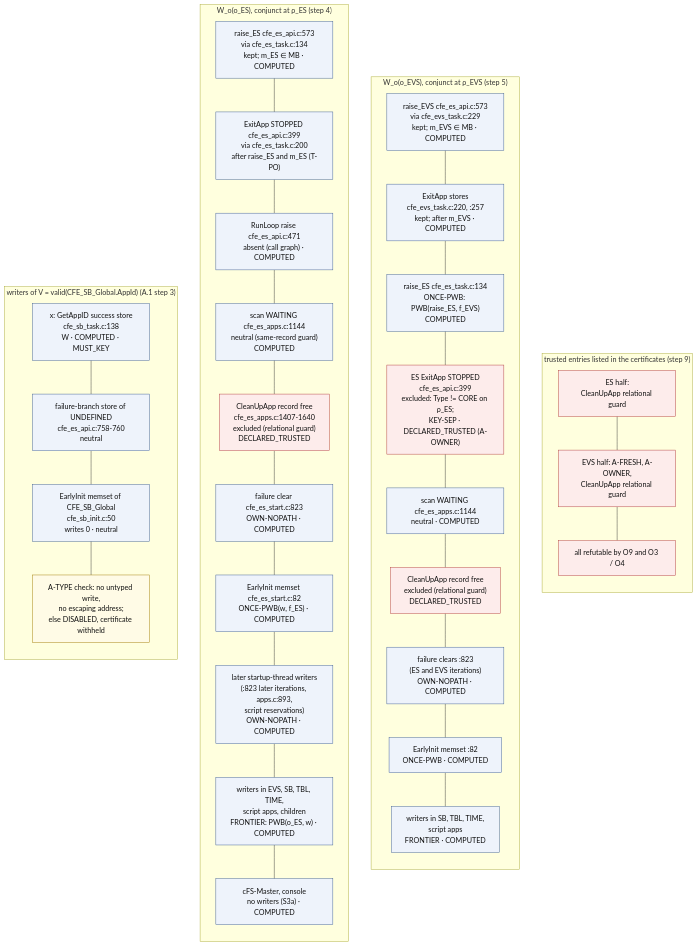
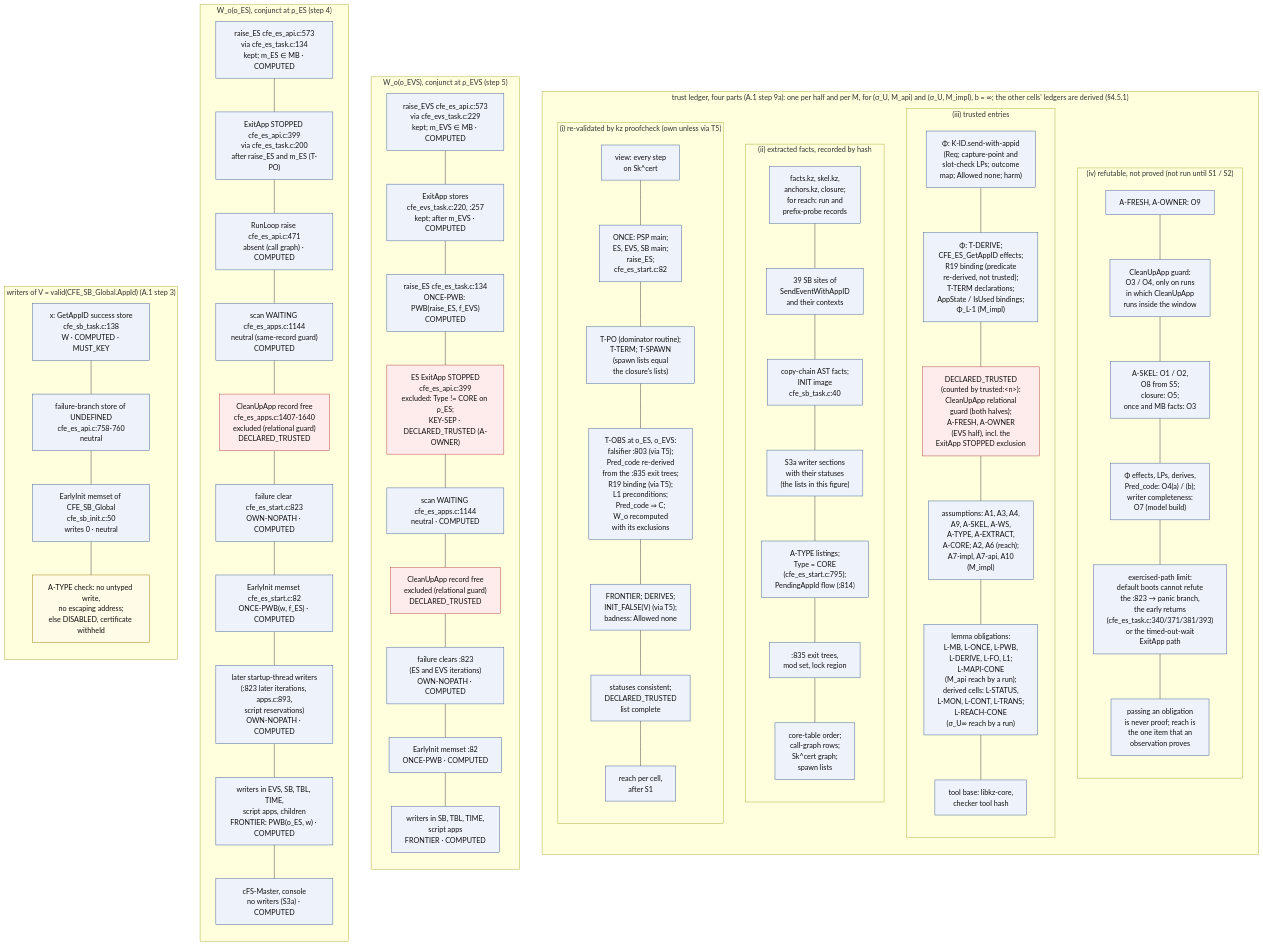
Before and after one commit to wookjaeya/Shape-Perf: the diagram in research/cfs_procrace/Architecture/diagrams/D8_r2_certificate_writers.mmd, drawn with Mermaid. The commit also changed 43 other files, not shown here.

First line of the commit message:
Architecture: mirror SPEC rev 1.1 into Korean docs, PI decisions, terminology background and diagrams; first consistency-fix round

```diff
--- a/research/cfs_procrace/Architecture/diagrams/D8_r2_certificate_writers.mmd
+++ b/research/cfs_procrace/Architecture/diagrams/D8_r2_certificate_writers.mmd
@@ -1,57 +1,97 @@
 flowchart TD
-    %% D8 detail - writer entries of the R2 certificate with transition and key status, and every trusted entry.
-    %% Source: spec App. A.1 steps 3-5, 9; §4.2, §4.4. Expected behaviour; nothing here was run.
+    %% D8 detail - writer entries of the R2 certificate with transition and key status, and the four-part trust ledger.
+    %% Source: spec §12 D8 (rev 1.1); App. A.1 steps 3-5, 9, 9a; §4.2, §4.4, §4.5.1. Expected behaviour; nothing here was run.
     %% Each column is one list (the thin links only stack the entries). Red = DECLARED_TRUSTED entry.
+    %% The ledger parts are declared (iv) to (i) so that Mermaid places them (i) to (iv) from left to right.
 
-    subgraph TR["trusted entries listed in the certificates (step 9)"]
+    subgraph TL["trust ledger, four parts (A.1 step 9a): one per half and per M, for (σ_U, M_api) and (σ_U, M_impl), b = ∞; the other cells' ledgers are derived (§4.5.1)"]
         direction TB
-        T1["ES half:<br/>CleanUpApp relational guard"]
-        T2["EVS half: A-FRESH, A-OWNER,<br/>CleanUpApp relational guard"]
-        T3["all refutable by O9 and O3 / O4"]
-        T1 --- T2 --- T3
+        subgraph TL4["(iv) refutable, not proved (not run until S1 / S2)"]
+            direction TB
+            F1R["A-FRESH, A-OWNER: O9"]
+            F2R["CleanUpApp guard:<br/>O3 / O4, only on runs<br/>in which CleanUpApp<br/>runs inside the window"]
+            F3R["A-SKEL: O1 / O2,<br/>O8 from S5;<br/>closure: O5;<br/>once and MB facts: O3"]
+            F4R["Φ effects, LPs, derives,<br/>Pred_code: O4(a) / (b);<br/>writer completeness:<br/>O7 (model build)"]
+            F5R["exercised-path limit:<br/>default boots cannot refute<br/>the :823 → panic branch,<br/>the early returns<br/>(cfe_es_task.c:340/371/381/393)<br/>or the timed-out-wait<br/>ExitApp path"]
+            F6R["passing an obligation<br/>is never proof; reach is<br/>the one item that an<br/>observation proves"]
+            F1R --- F2R --- F3R --- F4R --- F5R --- F6R
+        end
+        subgraph TL3["(iii) trusted entries"]
+            direction TB
+            P1["Φ: K-ID.send-with-appid<br/>(Req; capture-point and<br/>slot-check LPs; outcome<br/>map; Allowed none; harm)"]
+            P2["Φ: T-DERIVE;<br/>CFE_ES_GetAppID effects;<br/>R19 binding (predicate<br/>re-derived, not trusted);<br/>T-TERM declarations;<br/>AppState / IsUsed bindings;<br/>Φ_L-1 (M_impl)"]
+            P3["DECLARED_TRUSTED<br/>(counted by trusted:#60;n#62;):<br/>CleanUpApp relational<br/>guard (both halves);<br/>A-FRESH, A-OWNER<br/>(EVS half), incl. the<br/>ExitApp STOPPED exclusion"]
+            P4["assumptions: A1, A3, A4,<br/>A9, A-SKEL, A-WS,<br/>A-TYPE, A-EXTRACT,<br/>A-CORE; A2, A6 (reach);<br/>A7-impl, A7-api, A10<br/>(M_impl)"]
+            P5["lemma obligations:<br/>L-MB, L-ONCE, L-PWB,<br/>L-DERIVE, L-FO, L1;<br/>L-MAPI-CONE<br/>(M_api reach by a run);<br/>derived cells: L-STATUS,<br/>L-MON, L-CONT, L-TRANS;<br/>L-REACH-CONE<br/>(σ_U∞ reach by a run)"]
+            P6["tool base: libkz-core,<br/>checker tool hash"]
+            P1 --- P2 --- P3 --- P4 --- P5 --- P6
+        end
+        subgraph TL2["(ii) extracted facts, recorded by hash"]
+            direction TB
+            X1["facts.kz, skel.kz,<br/>anchors.kz, closure;<br/>for reach: run and<br/>prefix-probe records"]
+            X2["39 SB sites of<br/>SendEventWithAppID<br/>and their contexts"]
+            X3["copy-chain AST facts;<br/>INIT image<br/>cfe_sb_task.c:40"]
+            X4["S3a writer sections<br/>with their statuses<br/>(the lists in this figure)"]
+            X5["A-TYPE listings;<br/>Type = CORE<br/>(cfe_es_start.c:795);<br/>PendingAppId flow (:814)"]
+            X6[":835 exit trees,<br/>mod set, lock region"]
+            X7["core-table order;<br/>call-graph rows;<br/>Sk^cert graph;<br/>spawn lists"]
+            X1 --- X2 --- X3 --- X4 --- X5 --- X6 --- X7
+        end
+        subgraph TL1["(i) re-validated by kz proofcheck (own unless via T5)"]
+            direction TB
+            R1["view: every step<br/>on Sk^cert"]
+            R2["ONCE: PSP main;<br/>ES, EVS, SB main;<br/>raise_ES;<br/>cfe_es_start.c:82"]
+            R3["T-PO (dominator routine);<br/>T-TERM; T-SPAWN<br/>(spawn lists equal<br/>the closure's lists)"]
+            R4["T-OBS at o_ES, o_EVS:<br/>falsifier :803 (via T5);<br/>Pred_code re-derived<br/>from the :835 exit trees;<br/>R19 binding (via T5);<br/>L1 preconditions;<br/>Pred_code ⇒ C;<br/>W_o recomputed<br/>with its exclusions"]
+            R5["FRONTIER; DERIVES;<br/>INIT_FALSE(V) (via T5);<br/>badness: Allowed none"]
+            R6["statuses consistent;<br/>DECLARED_TRUSTED<br/>list complete"]
+            R7["reach per cell,<br/>after S1"]
+            R1 --- R2 --- R3 --- R4 --- R5 --- R6 --- R7
+        end
     end
 
     subgraph WEV["W_o(o_EVS), conjunct at ρ_EVS (step 5)"]
         direction TB
         F1["raise_EVS cfe_es_api.c:573<br/>via cfe_evs_task.c:229<br/>kept; m_EVS ∈ MB · COMPUTED"]
         F2["ExitApp stores<br/>cfe_evs_task.c:220, :257<br/>kept; after m_EVS · COMPUTED"]
         F3["raise_ES cfe_es_task.c:134<br/>ONCE-PWB: PWB(raise_ES, f_EVS)<br/>COMPUTED"]
         F4["ES ExitApp STOPPED<br/>cfe_es_api.c:399<br/>excluded: Type != CORE on ρ_ES;<br/>KEY-SEP · DECLARED_TRUSTED (A-OWNER)"]
         F5["scan WAITING cfe_es_apps.c:1144<br/>neutral · COMPUTED"]
         F6["CleanUpApp record free<br/>excluded (relational guard)<br/>DECLARED_TRUSTED"]
         F7["failure clears :823<br/>(ES and EVS iterations)<br/>OWN-NOPATH · COMPUTED"]
         F8["EarlyInit memset :82<br/>ONCE-PWB · COMPUTED"]
         F9["writers in SB, TBL, TIME,<br/>script apps<br/>FRONTIER · COMPUTED"]
         F1 --- F2 --- F3 --- F4 --- F5 --- F6 --- F7 --- F8 --- F9
     end
 
     subgraph WES["W_o(o_ES), conjunct at ρ_ES (step 4)"]
         direction TB
         E1["raise_ES cfe_es_api.c:573<br/>via cfe_es_task.c:134<br/>kept; m_ES ∈ MB · COMPUTED"]
         E2["ExitApp STOPPED cfe_es_api.c:399<br/>via cfe_es_task.c:200<br/>after raise_ES and m_ES (T-PO)"]
         E3["RunLoop raise cfe_es_api.c:471<br/>absent (call graph) · COMPUTED"]
         E4["scan WAITING cfe_es_apps.c:1144<br/>neutral (same-record guard)<br/>COMPUTED"]
         E5["CleanUpApp record free<br/>cfe_es_apps.c:1407-1640<br/>excluded (relational guard)<br/>DECLARED_TRUSTED"]
         E6["failure clear cfe_es_start.c:823<br/>OWN-NOPATH · COMPUTED"]
         E7["EarlyInit memset cfe_es_start.c:82<br/>ONCE-PWB(w, f_ES) · COMPUTED"]
         E8["later startup-thread writers<br/>(:823 later iterations, apps.c:893,<br/>script reservations)<br/>OWN-NOPATH · COMPUTED"]
         E9["writers in EVS, SB, TBL, TIME,<br/>script apps, children<br/>FRONTIER: PWB(o_ES, w) · COMPUTED"]
         E10["cFS-Master, console<br/>no writers (S3a) · COMPUTED"]
         E1 --- E2 --- E3 --- E4 --- E5 --- E6 --- E7 --- E8 --- E9 --- E10
     end
 
     subgraph WV["writers of V = valid(CFE_SB_Global.AppId) (A.1 step 3)"]
         direction TB
         V1["x: GetAppID success store<br/>cfe_sb_task.c:138<br/>W · COMPUTED · MUST_KEY"]
         V2["failure-branch store of UNDEFINED<br/>cfe_es_api.c:758-760<br/>neutral"]
         V3["EarlyInit memset of CFE_SB_Global<br/>cfe_sb_init.c:50<br/>writes 0 · neutral"]
         V4["A-TYPE check: no untyped write,<br/>no escaping address;<br/>else DISABLED, certificate withheld"]
         V1 --- V2 --- V3 --- V4
     end
 
     classDef ok fill:#eef3fb,stroke:#3b5b92,color:#111
     classDef trust fill:#fdeceb,stroke:#b23b3b,color:#111
     classDef chk fill:#fffbe6,stroke:#a07a00,color:#111
     class V1,V2,V3,E1,E2,E3,E4,E6,E7,E8,E9,E10,F1,F2,F3,F5,F7,F8,F9 ok
-    class E5,F4,F6,T1,T2,T3 trust
+    class R1,R2,R3,R4,R5,R6,R7,X1,X2,X3,X4,X5,X6,X7,P1,P2,P4,P5,P6,F1R,F2R,F3R,F4R,F5R,F6R ok
+    class E5,F4,F6,P3 trust
     class V4 chk
```
